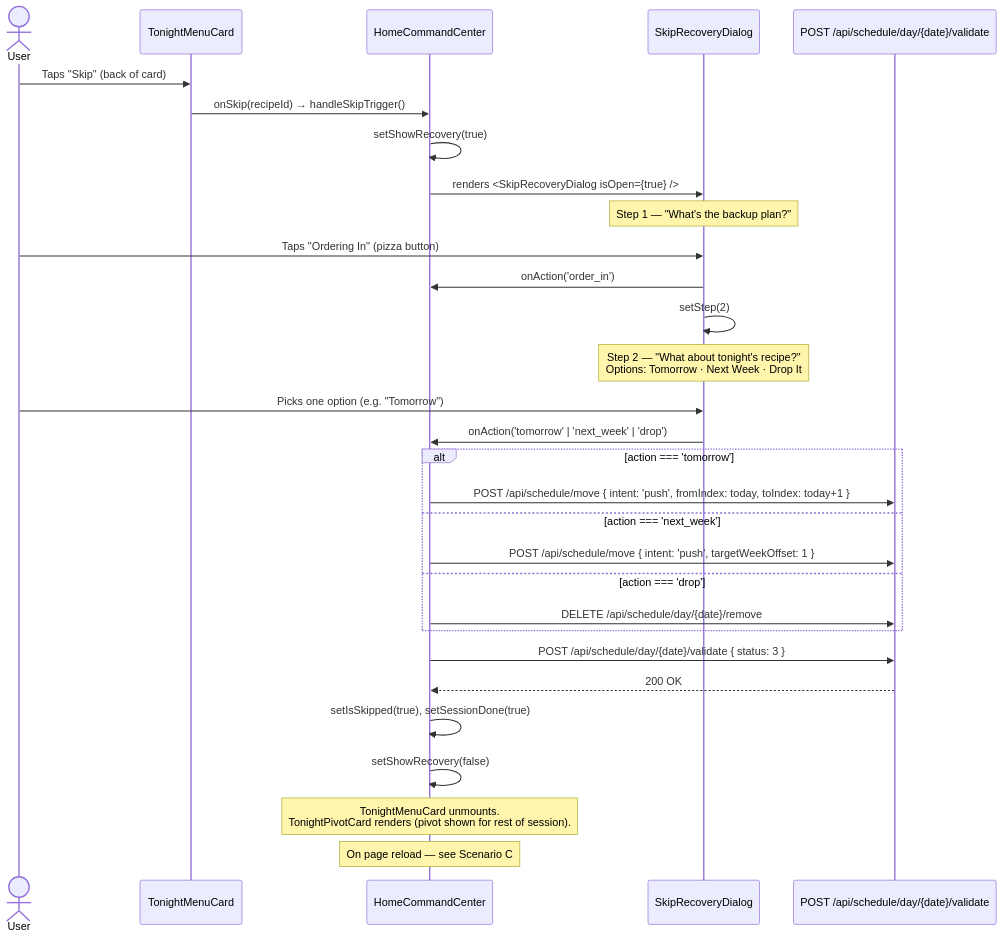
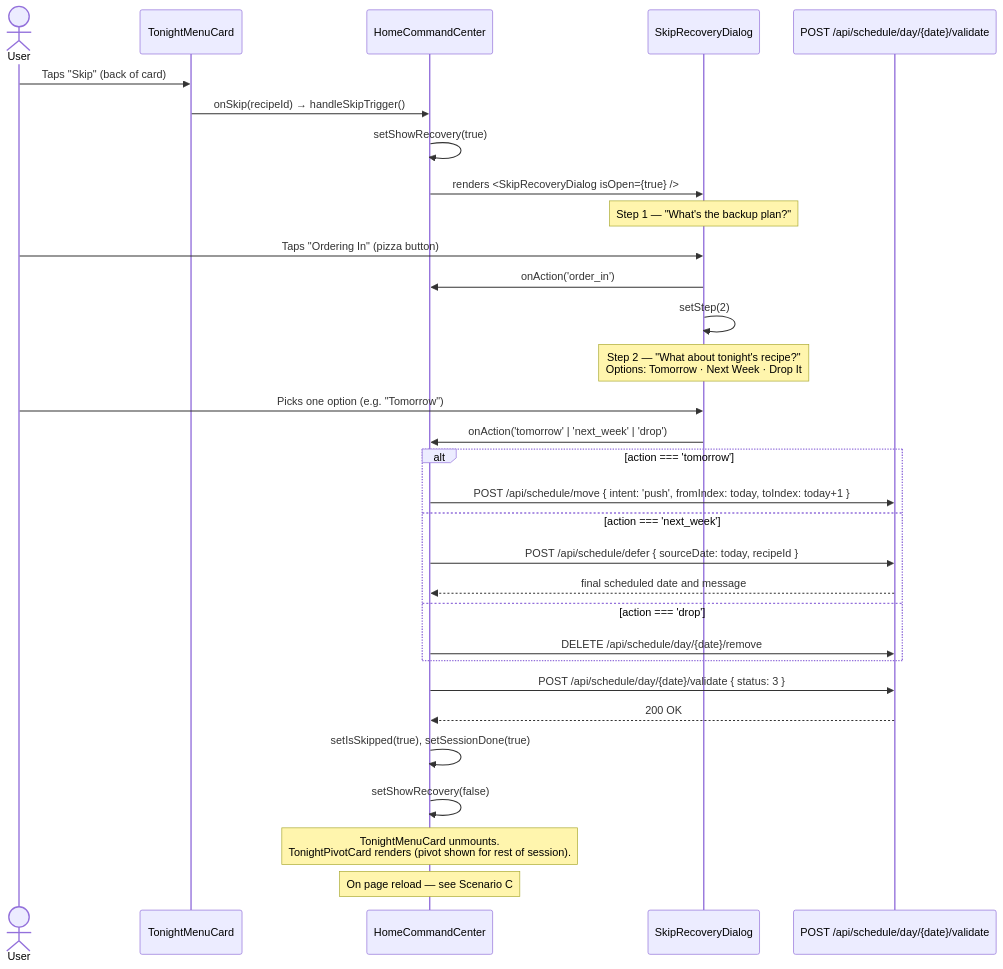
Before and after one commit to AlexandreBrisebois/whats-for-supper: the first of 3 diagrams in docs/flows/user-flows/order-in-flow.md, drawn with Mermaid. The commit also changed other lines of this file and 4 other files, not shown here.

Commit message:
feat: enhance ScheduleService with clock injection for LastCookedDate and add tests for recipe validation and removal

````diff
--- a/docs/flows/user-flows/order-in-flow.md
+++ b/docs/flows/user-flows/order-in-flow.md
@@ -12,42 +12,43 @@
 ```mermaid
 sequenceDiagram
     actor User
     participant TMC as TonightMenuCard
     participant HCC as HomeCommandCenter
     participant SRD as SkipRecoveryDialog
     participant API as POST /api/schedule/day/{date}/validate
 
     User->>TMC: Taps "Skip" (back of card)
     TMC->>HCC: onSkip(recipeId) → handleSkipTrigger()
     HCC->>HCC: setShowRecovery(true)
     HCC->>SRD: renders <SkipRecoveryDialog isOpen={true} />
 
     Note over SRD: Step 1 — "What's the backup plan?"
 
     User->>SRD: Taps "Ordering In" (pizza button)
     SRD->>HCC: onAction('order_in')
     SRD->>SRD: setStep(2)
 
     Note over SRD: Step 2 — "What about tonight's recipe?"<br/>Options: Tomorrow · Next Week · Drop It
 
     User->>SRD: Picks one option (e.g. "Tomorrow")
     SRD->>HCC: onAction('tomorrow' | 'next_week' | 'drop')
 
     alt action === 'tomorrow'
         HCC->>API: POST /api/schedule/move { intent: 'push', fromIndex: today, toIndex: today+1 }
     else action === 'next_week'
-        HCC->>API: POST /api/schedule/move { intent: 'push', targetWeekOffset: 1 }
+        HCC->>API: POST /api/schedule/defer { sourceDate: today, recipeId }
+        API-->>HCC: final scheduled date and message
     else action === 'drop'
         HCC->>API: DELETE /api/schedule/day/{date}/remove
     end
 
     HCC->>API: POST /api/schedule/day/{date}/validate { status: 3 }
     API-->>HCC: 200 OK
 
     HCC->>HCC: setIsSkipped(true), setSessionDone(true)
     HCC->>HCC: setShowRecovery(false)
 
     Note over HCC: TonightMenuCard unmounts.<br/>TonightPivotCard renders (pivot shown for rest of session).
 
     Note over HCC: On page reload — see Scenario C
 ```
````
